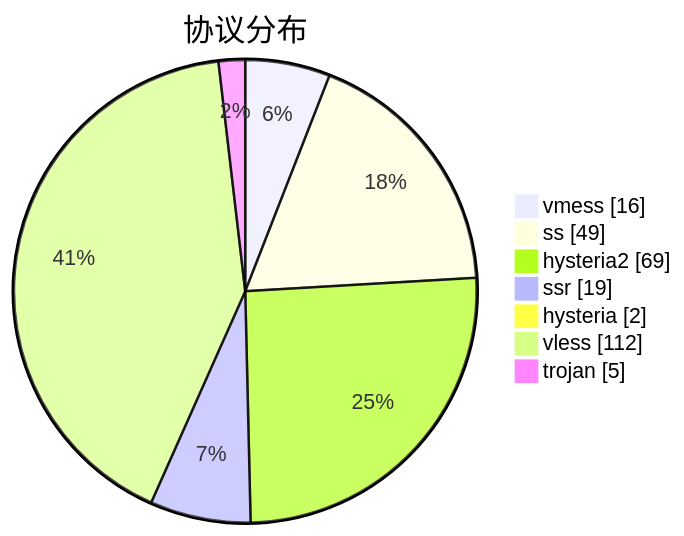
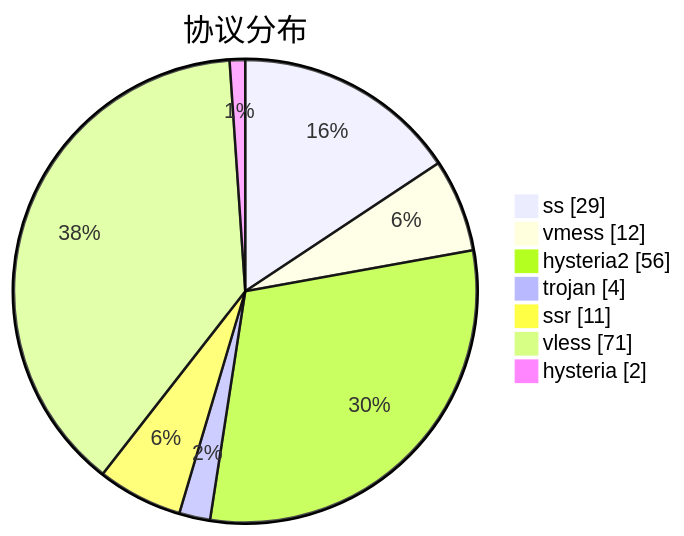
Before and after one commit to sinspired/airport: the third of 3 diagrams in subs/statistics/tested_within.md, drawn with Mermaid. The commit also changed other lines of this file and 2 other files, not shown here.

````diff
--- a/subs/statistics/tested_within.md
+++ b/subs/statistics/tested_within.md
@@ -47,11 +38,11 @@
 ```mermaid
 pie showData
 title 协议分布
-"vmess" : 16
-"ss" : 49
-"hysteria2" : 69
-"ssr" : 19
+"ss" : 29
+"vmess" : 12
+"hysteria2" : 56
+"trojan" : 4
+"ssr" : 11
+"vless" : 71
 "hysteria" : 2
-"vless" : 112
-"trojan" : 5
 ```
````
